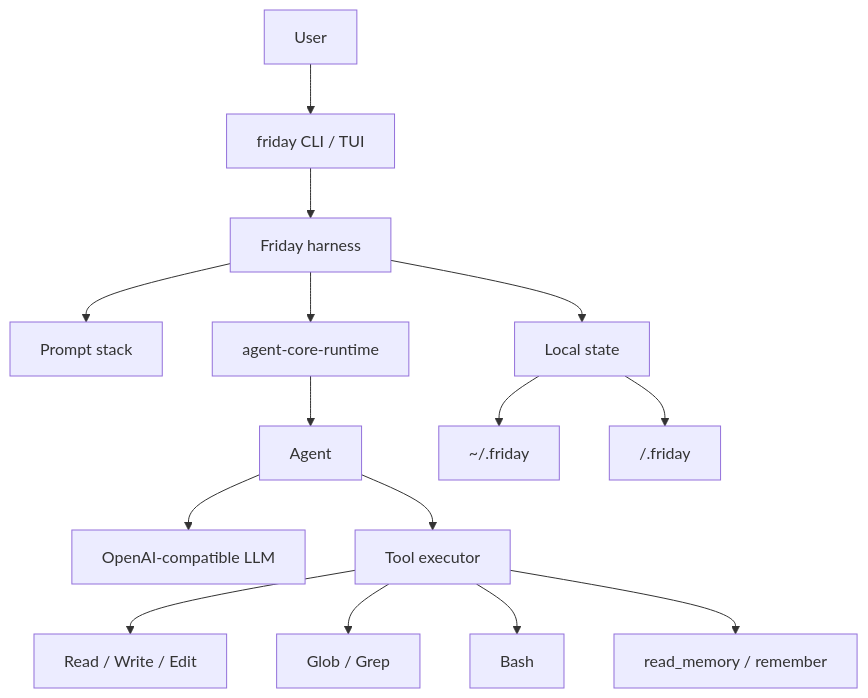
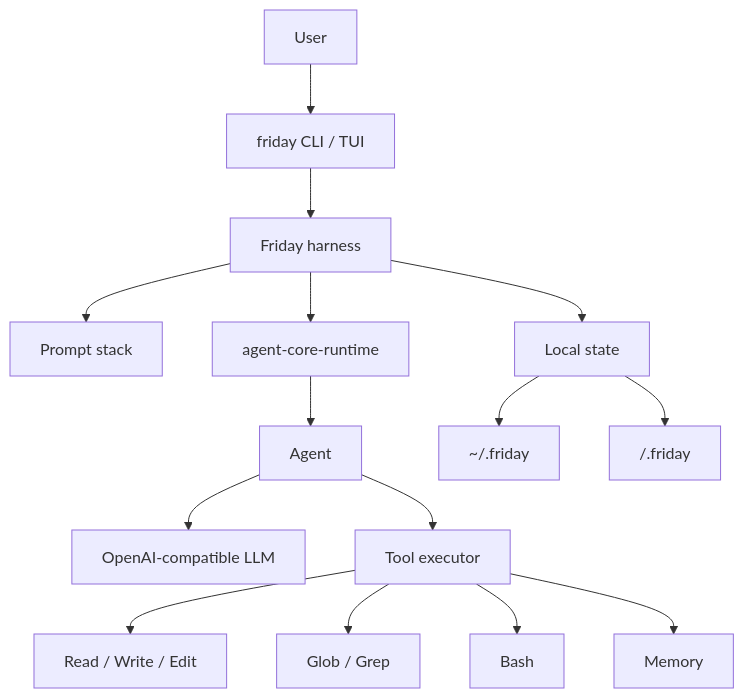
One commit to Lancetwang/friday changed the diagram in README.md. Above: the diagram before and after it, drawn with Mermaid. The commit also changed other lines of this file and 8 other files, not shown here.

Commit message:
Improve Friday memory harness

````diff
--- a/README.md
+++ b/README.md
@@ -14,17 +14,17 @@
 ```mermaid
 flowchart TD
     User["User"] --> CLI["friday CLI / TUI"]
     CLI --> Harness["Friday harness"]
     Harness --> Prompt["Prompt stack"]
     Harness --> State["Local state"]
     Harness --> Runtime["agent-core-runtime"]
     Runtime --> Agent["Agent"]
     Agent --> LLM["OpenAI-compatible LLM"]
     Agent --> Tools["Tool executor"]
     Tools --> Files["Read / Write / Edit"]
     Tools --> Search["Glob / Grep"]
     Tools --> Shell["Bash"]
-    Tools --> Memory["read_memory / remember"]
-    State --> Global["~/.friday"]
+    Tools --> Memory["Memory"]
+    State --> Home["~/.friday"]
     State --> Project["<workspace>/.friday"]
 ```
````
